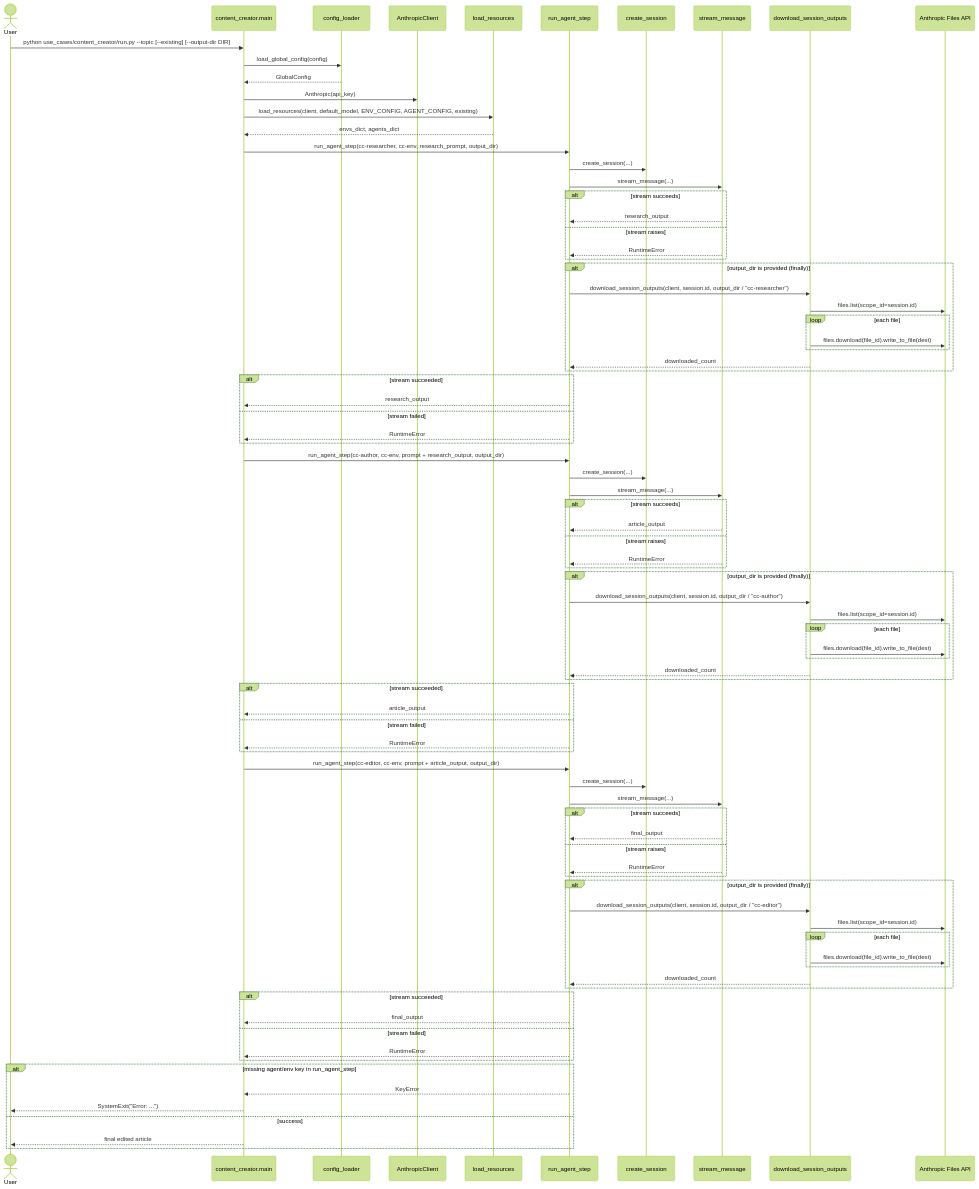
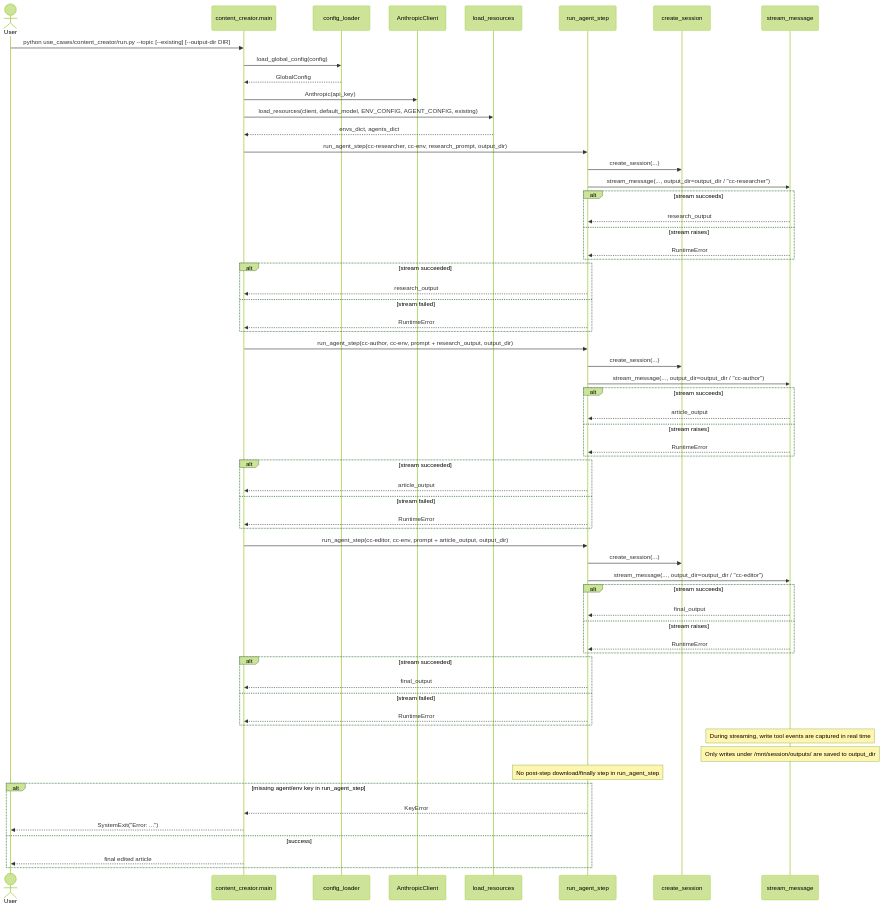
One commit to william-coronado/claude-managed-agents changed the diagram in docs/sequence_diagram_content_creator.mmd. Above: the diagram before and after it, drawn with Mermaid (forest theme). The commit also changed 12 other files, not shown here.

```diff
--- a/docs/sequence_diagram_content_creator.mmd
+++ b/docs/sequence_diagram_content_creator.mmd
@@ -1,91 +1,69 @@
 sequenceDiagram
     actor User
     participant C as content_creator.main
     participant CL as config_loader
     participant A as AnthropicClient
     participant L as load_resources
     participant P as run_agent_step
     participant S as create_session
     participant M as stream_message
-    participant D as download_session_outputs
-    participant F as Anthropic Files API
 
     User ->> C: python use_cases/content_creator/run.py --topic [--existing] [--output-dir DIR]
     C ->> CL: load_global_config(config)
     CL -->> C: GlobalConfig
     C ->> A: Anthropic(api_key)
     C ->> L: load_resources(client, default_model, ENV_CONFIG, AGENT_CONFIG, existing)
     L -->> C: envs_dict, agents_dict
 
     C ->> P: run_agent_step(cc-researcher, cc-env, research_prompt, output_dir)
     P ->> S: create_session(...)
-    P ->> M: stream_message(...)
+    P ->> M: stream_message(..., output_dir=output_dir / "cc-researcher")
     alt stream succeeds
         M -->> P: research_output
     else stream raises
         M -->> P: RuntimeError
-    end
-    alt output_dir is provided (finally)
-        P ->> D: download_session_outputs(client, session.id, output_dir / "cc-researcher")
-        D ->> F: files.list(scope_id=session.id)
-        loop each file
-            D ->> F: files.download(file_id).write_to_file(dest)
-        end
-        D -->> P: downloaded_count
     end
     alt stream succeeded
         P -->> C: research_output
     else stream failed
         P -->> C: RuntimeError
     end
 
     C ->> P: run_agent_step(cc-author, cc-env, prompt + research_output, output_dir)
     P ->> S: create_session(...)
-    P ->> M: stream_message(...)
+    P ->> M: stream_message(..., output_dir=output_dir / "cc-author")
     alt stream succeeds
         M -->> P: article_output
     else stream raises
         M -->> P: RuntimeError
-    end
-    alt output_dir is provided (finally)
-        P ->> D: download_session_outputs(client, session.id, output_dir / "cc-author")
-        D ->> F: files.list(scope_id=session.id)
-        loop each file
-            D ->> F: files.download(file_id).write_to_file(dest)
-        end
-        D -->> P: downloaded_count
     end
     alt stream succeeded
         P -->> C: article_output
     else stream failed
         P -->> C: RuntimeError
     end
 
     C ->> P: run_agent_step(cc-editor, cc-env, prompt + article_output, output_dir)
     P ->> S: create_session(...)
-    P ->> M: stream_message(...)
+    P ->> M: stream_message(..., output_dir=output_dir / "cc-editor")
     alt stream succeeds
         M -->> P: final_output
     else stream raises
         M -->> P: RuntimeError
-    end
-    alt output_dir is provided (finally)
-        P ->> D: download_session_outputs(client, session.id, output_dir / "cc-editor")
-        D ->> F: files.list(scope_id=session.id)
-        loop each file
-            D ->> F: files.download(file_id).write_to_file(dest)
-        end
-        D -->> P: downloaded_count
     end
     alt stream succeeded
         P -->> C: final_output
     else stream failed
         P -->> C: RuntimeError
     end
 
+    Note over M: During streaming, write tool events are captured in real time
+    Note over M: Only writes under /mnt/session/outputs/ are saved to output_dir
+    Note over P: No post-step download/finally step in run_agent_step
+
     alt missing agent/env key in run_agent_step
         P -->> C: KeyError
         C -->> User: SystemExit("Error: ...")
     else success
     C -->> User: final edited article
     end
```
